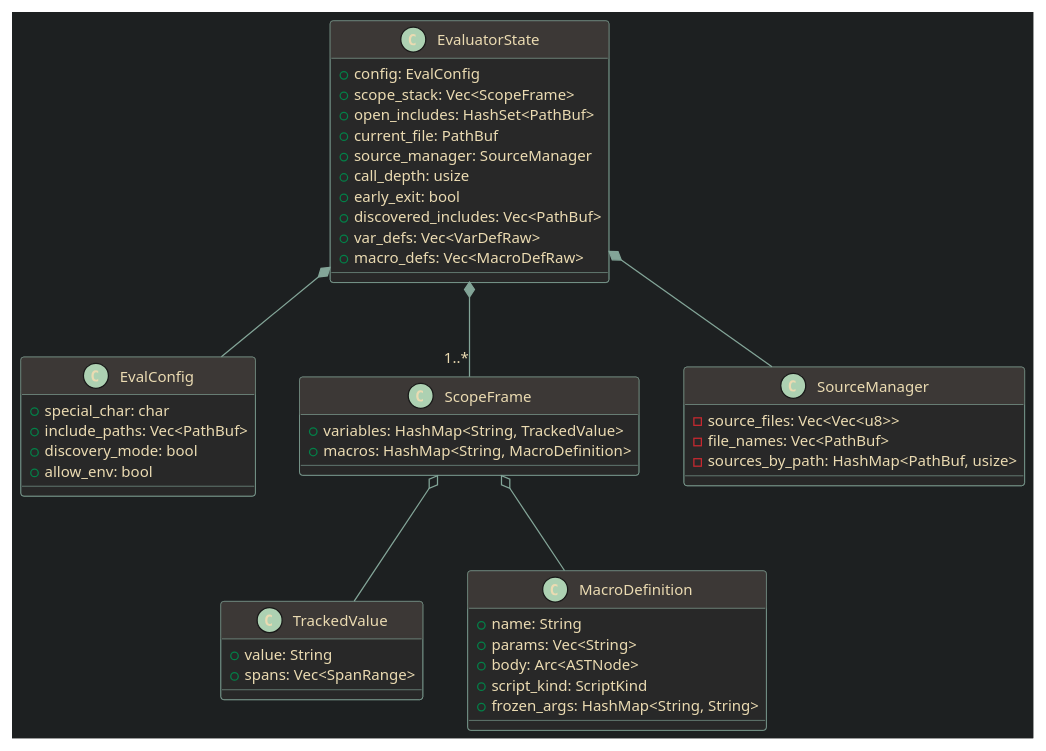
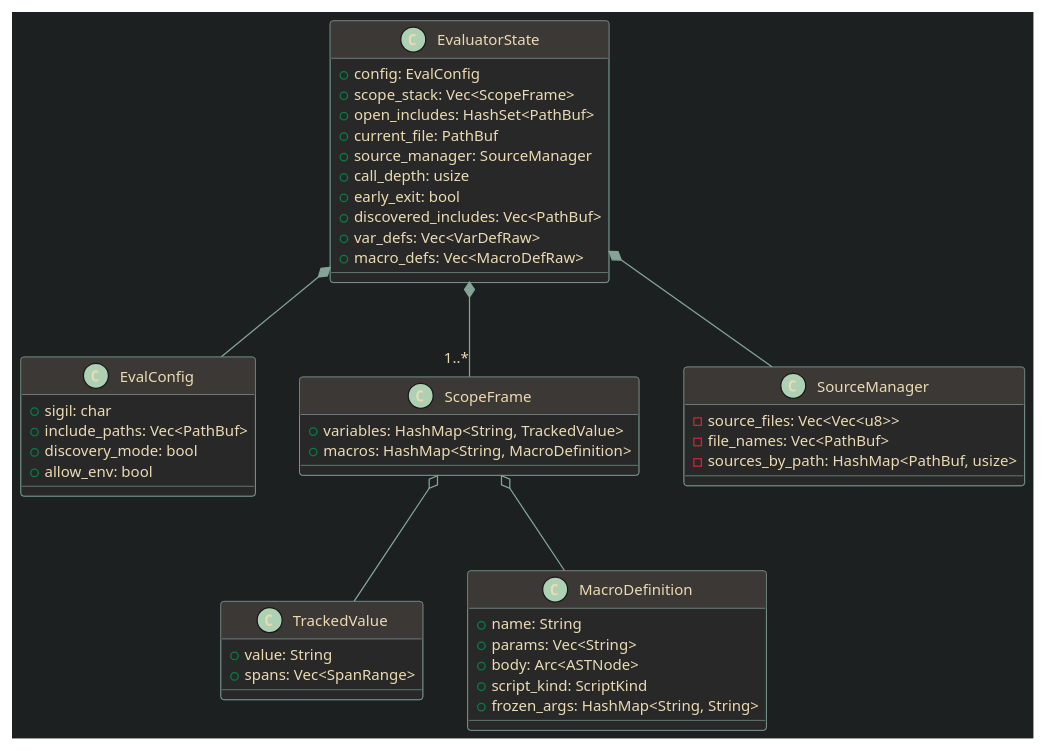
The diagram in crates/weaveback-macro/src/evaluator/state.adoc (giannifer7/weaveback), drawn with PlantUML before and after one commit. The commit also changed other lines of this file and 72 other files, not shown here.

```diff
--- a/crates/weaveback-macro/src/evaluator/state.adoc
+++ b/crates/weaveback-macro/src/evaluator/state.adoc
@@ -54,64 +54,64 @@
 [plantuml,format=svg]
 ----
 @startuml
 skinparam backgroundColor #1d2021
 skinparam defaultFontColor #ebdbb2
 skinparam defaultFontSize 12
 skinparam ArrowColor #83a598
 skinparam ClassBorderColor #83a598
 skinparam ClassBackgroundColor #282828
 skinparam ClassFontColor #ebdbb2
 skinparam ClassHeaderBackgroundColor #3c3836
 skinparam ClassStereotypeFontColor #8ec07c
 
 class EvalConfig {
-  +special_char: char
+  +sigil: char
   +include_paths: Vec<PathBuf>
   +discovery_mode: bool
   +allow_env: bool
 }
 
 class ScopeFrame {
   +variables: HashMap<String, TrackedValue>
   +macros: HashMap<String, MacroDefinition>
 }
 
 class TrackedValue {
   +value: String
   +spans: Vec<SpanRange>
 }
 
 class MacroDefinition {
   +name: String
   +params: Vec<String>
   +body: Arc<ASTNode>
   +script_kind: ScriptKind
   +frozen_args: HashMap<String, String>
 }
 
 class SourceManager {
   -source_files: Vec<Vec<u8>>
   -file_names: Vec<PathBuf>
   -sources_by_path: HashMap<PathBuf, usize>
 }
 
 class EvaluatorState {
   +config: EvalConfig
   +scope_stack: Vec<ScopeFrame>
   +open_includes: HashSet<PathBuf>
   +current_file: PathBuf
   +source_manager: SourceManager
   +call_depth: usize
   +early_exit: bool
   +discovered_includes: Vec<PathBuf>
   +var_defs: Vec<VarDefRaw>
   +macro_defs: Vec<MacroDefRaw>
 }
 
 EvaluatorState *-- EvalConfig
 EvaluatorState *-- "1..*" ScopeFrame
 EvaluatorState *-- SourceManager
 ScopeFrame o-- TrackedValue
 ScopeFrame o-- MacroDefinition
 @enduml
 ----
```
